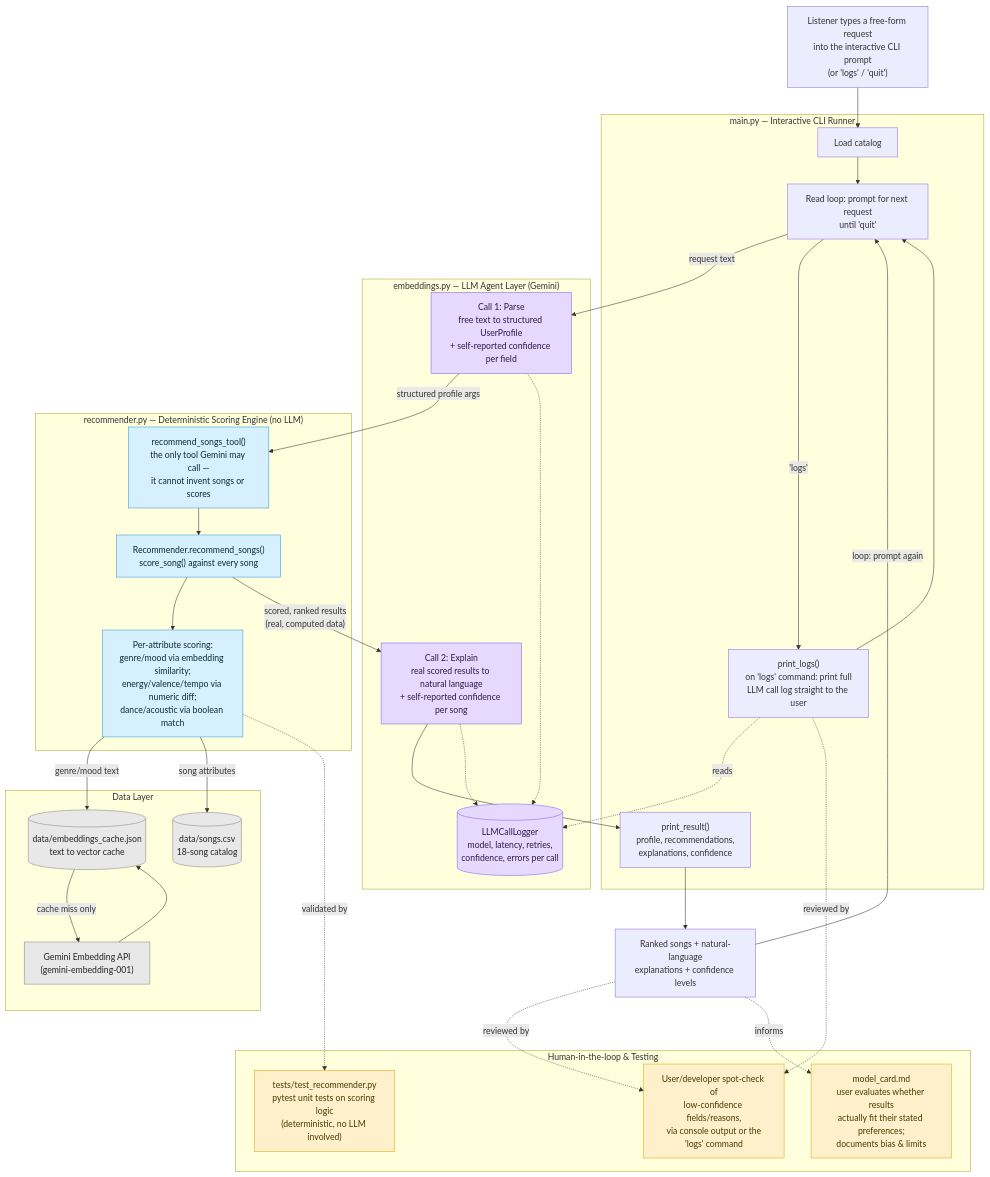
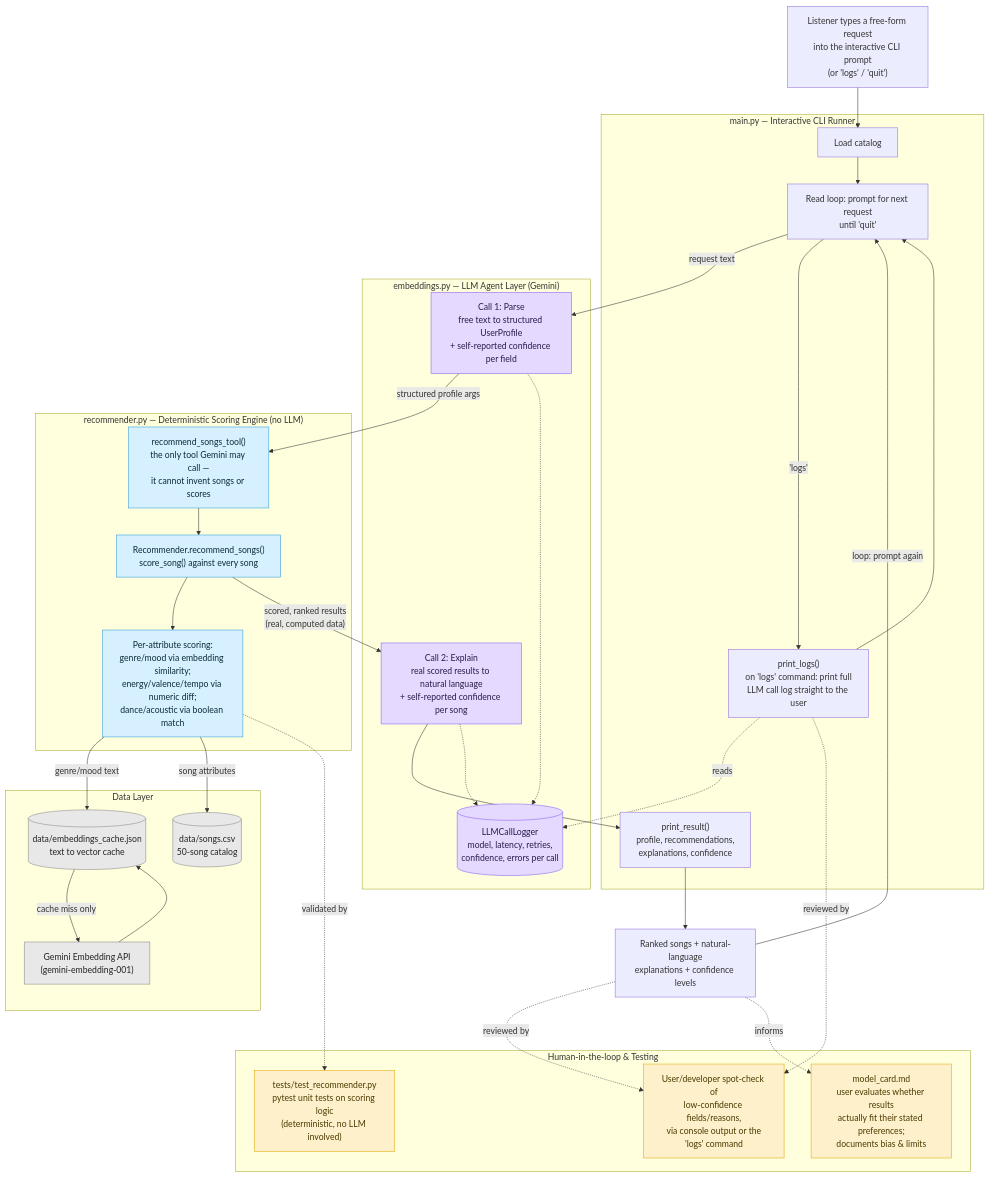
One commit to truncations/applied-ai-system-project changed the diagram in diagrams/system_diagram.md. Above: the diagram before and after it, drawn with Mermaid. The commit also changed 2 other files, not shown here.

Commit message:
Small fixes, but wrote a README.md.

````diff
--- a/diagrams/system_diagram.md
+++ b/diagrams/system_diagram.md
@@ -1,67 +1,67 @@
 ```mermaid
 flowchart TD
     U["Listener types a free-form request<br/>into the interactive CLI prompt<br/>(or 'logs' / 'quit')"]
 
     subgraph Runner["main.py — Interactive CLI Runner"]
         M1["Load catalog"]
         M2["Read loop: prompt for next request<br/>until 'quit'"]
         M3["print_result()<br/>profile, recommendations,<br/>explanations, confidence"]
         M4["print_logs()<br/>on 'logs' command: print full<br/>LLM call log straight to the user"]
     end
 
     subgraph Agent["embeddings.py — LLM Agent Layer (Gemini)"]
         A1["Call 1: Parse<br/>free text to structured UserProfile<br/>+ self-reported confidence per field"]
         A2["Call 2: Explain<br/>real scored results to natural language<br/>+ self-reported confidence per song"]
         LOG[("LLMCallLogger<br/>model, latency, retries,<br/>confidence, errors per call")]
     end
 
     subgraph Scoring["recommender.py — Deterministic Scoring Engine (no LLM)"]
         R1["recommend_songs_tool()<br/>the only tool Gemini may call —<br/>it cannot invent songs or scores"]
         R2["Recommender.recommend_songs()<br/>score_song() against every song"]
         R3["Per-attribute scoring:<br/>genre/mood via embedding similarity;<br/>energy/valence/tempo via numeric diff;<br/>dance/acoustic via boolean match"]
     end
 
     subgraph Data["Data Layer"]
-        D1[("data/songs.csv<br/>18-song catalog")]
+        D1[("data/songs.csv<br/>50-song catalog")]
         D2[("data/embeddings_cache.json<br/>text to vector cache")]
         D3["Gemini Embedding API<br/>(gemini-embedding-001)"]
     end
 
     subgraph Human["Human-in-the-loop & Testing"]
         H1["tests/test_recommender.py<br/>pytest unit tests on scoring logic<br/>(deterministic, no LLM involved)"]
         H2["User/developer spot-check of<br/>low-confidence fields/reasons,<br/>via console output or the<br/>'logs' command"]
         H3["model_card.md<br/>user evaluates whether results<br/>actually fit their stated preferences;<br/>documents bias & limits"]
     end
 
     U --> M1 --> M2
     M2 -- "request text" --> A1
     M2 -- "'logs'" --> M4
     M4 -.->|reads| LOG
     M4 --> M2
     A1 -- "structured profile args" --> R1
     R1 --> R2 --> R3
     R3 -- "genre/mood text" --> D2
     D2 -- "cache miss only" --> D3 --> D2
     R3 -- "song attributes" --> D1
     R2 -- "scored, ranked results<br/>(real, computed data)" --> A2
     A2 --> M3 --> OUT["Ranked songs + natural-language<br/>explanations + confidence levels"]
     OUT -- "loop: prompt again" --> M2
 
     A1 -.-> LOG
     A2 -.-> LOG
 
     R3 -.->|validated by| H1
     OUT -.->|reviewed by| H2
     M4 -.->|reviewed by| H2
     OUT -.->|informs| H3
 
     classDef ai fill:#e6d9ff,stroke:#8a5cf6,color:#2a1a4a;
     classDef deterministic fill:#d6f0ff,stroke:#2f9bd6,color:#0a2a3a;
     classDef human fill:#fff0cc,stroke:#e0a800,color:#4a3a00;
     classDef data fill:#e8e8e8,stroke:#888,color:#222;
 
     class A1,A2,LOG ai;
     class R1,R2,R3 deterministic;
     class H1,H2,H3 human;
     class D1,D2,D3 data;
 ```
````
